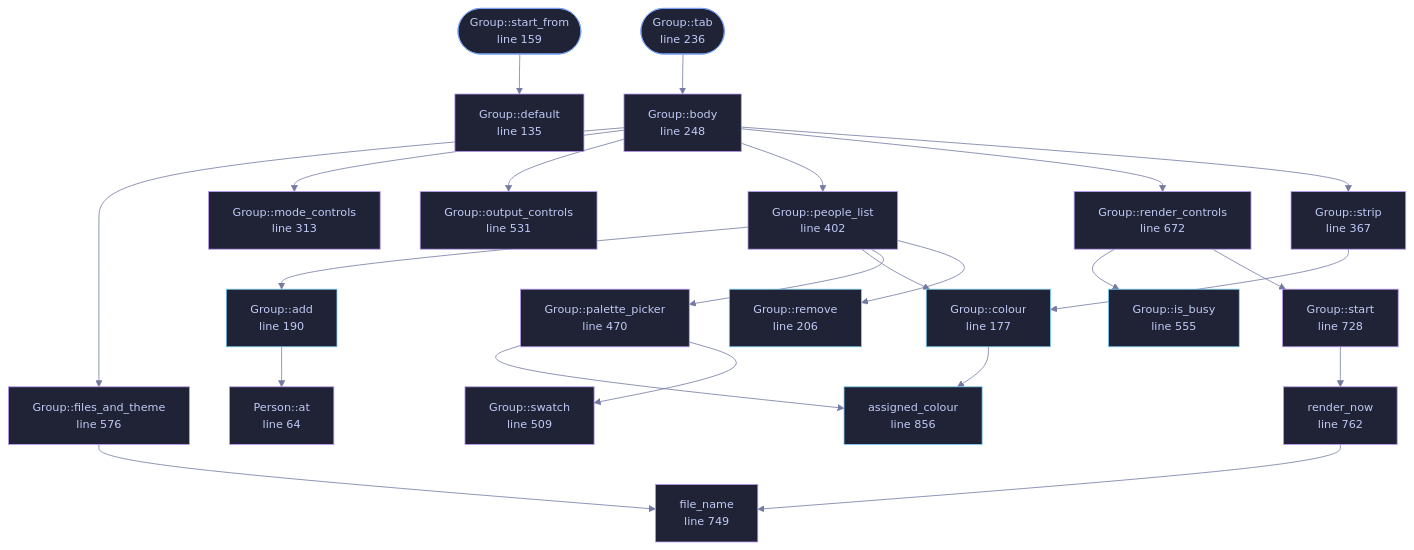
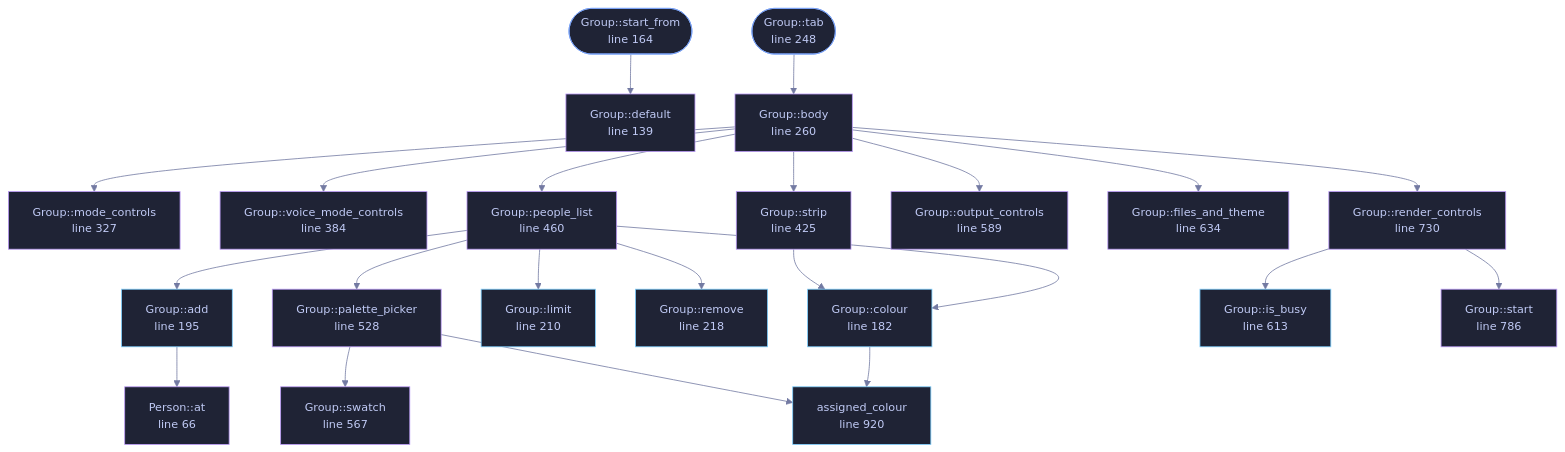
The diagram in wiki/File-veilvoice-gui-group.md (tilas01/veilvoice), drawn with Mermaid before and after one commit. The commit also changed other lines of this file and 68 other files, not shown here.

````diff
--- a/wiki/File-veilvoice-gui-group.md
+++ b/wiki/File-veilvoice-gui-group.md
@@ -94,76 +94,75 @@
 ```mermaid
 %%{init: {"theme":"base","themeVariables":{"background":"#1a1b26","primaryColor":"#1f2335","primaryTextColor":"#c0caf5","primaryBorderColor":"#7aa2f7","secondaryColor":"#16161e","tertiaryColor":"#16161e","lineColor":"#737aa2","textColor":"#c0caf5","mainBkg":"#1f2335","nodeBorder":"#7aa2f7","clusterBkg":"#16161e","clusterBorder":"#2f3549","fontFamily":"ui-monospace, SFMono-Regular, Consolas, monospace","fontSize":"14px"}}}%%
 flowchart TD
-    n_at["Person::at<br/>line 64"]
-    n_default["Outputs::default<br/>line 88"]
-    n_default["Group::default<br/>line 135"]
-    n_start_from(["Group::start_from<br/>line 159"])
-    n_colour["Group::colour<br/>line 177"]
-    n_add["Group::add<br/>line 190"]
-    n_remove["Group::remove<br/>line 206"]
-    n_tab(["Group::tab<br/>line 236"])
-    n_body["Group::body<br/>line 248"]
-    n_mode_controls["Group::mode_controls<br/>line 313"]
-    n_strip["Group::strip<br/>line 367"]
-    n_people_list["Group::people_list<br/>line 402"]
-    n_palette_picker["Group::palette_picker<br/>line 470"]
-    n_swatch["Group::swatch<br/>line 509"]
-    n_output_controls["Group::output_controls<br/>line 531"]
-    n_is_busy["Group::is_busy<br/>line 555"]
-    n_files_and_theme["Group::files_and_theme<br/>line 576"]
-    n_render_controls["Group::render_controls<br/>line 672"]
-    n_start["Group::start<br/>line 728"]
-    n_file_name["file_name<br/>line 749"]
-    n_render_now["render_now<br/>line 762"]
-    n_assigned_colour["assigned_colour<br/>line 856"]
+    n_at["Person::at<br/>line 66"]
+    n_default["Outputs::default<br/>line 90"]
+    n_default["Group::default<br/>line 139"]
+    n_start_from(["Group::start_from<br/>line 164"])
+    n_colour["Group::colour<br/>line 182"]
+    n_add["Group::add<br/>line 195"]
+    n_limit["Group::limit<br/>line 210"]
+    n_remove["Group::remove<br/>line 218"]
+    n_tab(["Group::tab<br/>line 248"])
+    n_body["Group::body<br/>line 260"]
+    n_mode_controls["Group::mode_controls<br/>line 327"]
+    n_voice_mode_controls["Group::voice_mode_controls<br/>line 384"]
+    n_strip["Group::strip<br/>line 425"]
+    n_people_list["Group::people_list<br/>line 460"]
+    n_palette_picker["Group::palette_picker<br/>line 528"]
+    n_swatch["Group::swatch<br/>line 567"]
+    n_output_controls["Group::output_controls<br/>line 589"]
+    n_is_busy["Group::is_busy<br/>line 613"]
+    n_files_and_theme["Group::files_and_theme<br/>line 634"]
+    n_render_controls["Group::render_controls<br/>line 730"]
+    n_start["Group::start<br/>line 786"]
+    n_assigned_colour["assigned_colour<br/>line 920"]
     n_add --> n_at
     n_body --> n_files_and_theme
     n_body --> n_mode_controls
     n_body --> n_output_controls
     n_body --> n_people_list
     n_body --> n_render_controls
     n_body --> n_strip
+    n_body --> n_voice_mode_controls
     n_colour --> n_assigned_colour
-    n_files_and_theme --> n_file_name
     n_palette_picker --> n_assigned_colour
     n_palette_picker --> n_swatch
     n_people_list --> n_add
     n_people_list --> n_colour
+    n_people_list --> n_limit
     n_people_list --> n_palette_picker
     n_people_list --> n_remove
     n_render_controls --> n_is_busy
     n_render_controls --> n_start
-    n_render_now --> n_file_name
-    n_start --> n_render_now
     n_start_from --> n_default
     n_strip --> n_colour
     n_tab --> n_body
-    click n_at href "https://github.com/tilas01/veilvoice/blob/main/crates/veilvoice-gui/src/group.rs#L64" "open the source"
-    click n_default href "https://github.com/tilas01/veilvoice/blob/main/crates/veilvoice-gui/src/group.rs#L88" "open the source"
-    click n_default href "https://github.com/tilas01/veilvoice/blob/main/crates/veilvoice-gui/src/group.rs#L135" "open the source"
-    click n_start_from href "https://github.com/tilas01/veilvoice/blob/main/crates/veilvoice-gui/src/group.rs#L159" "open the source"
-    click n_colour href "https://github.com/tilas01/veilvoice/blob/main/crates/veilvoice-gui/src/group.rs#L177" "open the source"
-    click n_add href "https://github.com/tilas01/veilvoice/blob/main/crates/veilvoice-gui/src/group.rs#L190" "open the source"
-    click n_remove href "https://github.com/tilas01/veilvoice/blob/main/crates/veilvoice-gui/src/group.rs#L206" "open the source"
-    click n_tab href "https://github.com/tilas01/veilvoice/blob/main/crates/veilvoice-gui/src/group.rs#L236" "open the source"
-    click n_body href "https://github.com/tilas01/veilvoice/blob/main/crates/veilvoice-gui/src/group.rs#L248" "open the source"
-    click n_mode_controls href "https://github.com/tilas01/veilvoice/blob/main/crates/veilvoice-gui/src/group.rs#L313" "open the source"
-    click n_strip href "https://github.com/tilas01/veilvoice/blob/main/crates/veilvoice-gui/src/group.rs#L367" "open the source"
-    click n_people_list href "https://github.com/tilas01/veilvoice/blob/main/crates/veilvoice-gui/src/group.rs#L402" "open the source"
-    click n_palette_picker href "https://github.com/tilas01/veilvoice/blob/main/crates/veilvoice-gui/src/group.rs#L470" "open the source"
-    click n_swatch href "https://github.com/tilas01/veilvoice/blob/main/crates/veilvoice-gui/src/group.rs#L509" "open the source"
-    click n_output_controls href "https://github.com/tilas01/veilvoice/blob/main/crates/veilvoice-gui/src/group.rs#L531" "open the source"
-    click n_is_busy href "https://github.com/tilas01/veilvoice/blob/main/crates/veilvoice-gui/src/group.rs#L555" "open the source"
-    click n_files_and_theme href "https://github.com/tilas01/veilvoice/blob/main/crates/veilvoice-gui/src/group.rs#L576" "open the source"
-    click n_render_controls href "https://github.com/tilas01/veilvoice/blob/main/crates/veilvoice-gui/src/group.rs#L672" "open the source"
-    click n_start href "https://github.com/tilas01/veilvoice/blob/main/crates/veilvoice-gui/src/group.rs#L728" "open the source"
-    click n_file_name href "https://github.com/tilas01/veilvoice/blob/main/crates/veilvoice-gui/src/group.rs#L749" "open the source"
-    click n_render_now href "https://github.com/tilas01/veilvoice/blob/main/crates/veilvoice-gui/src/group.rs#L762" "open the source"
-    click n_assigned_colour href "https://github.com/tilas01/veilvoice/blob/main/crates/veilvoice-gui/src/group.rs#L856" "open the source"
+    click n_at href "https://github.com/tilas01/veilvoice/blob/main/crates/veilvoice-gui/src/group.rs#L66" "open the source"
+    click n_default href "https://github.com/tilas01/veilvoice/blob/main/crates/veilvoice-gui/src/group.rs#L90" "open the source"
+    click n_default href "https://github.com/tilas01/veilvoice/blob/main/crates/veilvoice-gui/src/group.rs#L139" "open the source"
+    click n_start_from href "https://github.com/tilas01/veilvoice/blob/main/crates/veilvoice-gui/src/group.rs#L164" "open the source"
+    click n_colour href "https://github.com/tilas01/veilvoice/blob/main/crates/veilvoice-gui/src/group.rs#L182" "open the source"
+    click n_add href "https://github.com/tilas01/veilvoice/blob/main/crates/veilvoice-gui/src/group.rs#L195" "open the source"
+    click n_limit href "https://github.com/tilas01/veilvoice/blob/main/crates/veilvoice-gui/src/group.rs#L210" "open the source"
+    click n_remove href "https://github.com/tilas01/veilvoice/blob/main/crates/veilvoice-gui/src/group.rs#L218" "open the source"
+    click n_tab href "https://github.com/tilas01/veilvoice/blob/main/crates/veilvoice-gui/src/group.rs#L248" "open the source"
+    click n_body href "https://github.com/tilas01/veilvoice/blob/main/crates/veilvoice-gui/src/group.rs#L260" "open the source"
+    click n_mode_controls href "https://github.com/tilas01/veilvoice/blob/main/crates/veilvoice-gui/src/group.rs#L327" "open the source"
+    click n_voice_mode_controls href "https://github.com/tilas01/veilvoice/blob/main/crates/veilvoice-gui/src/group.rs#L384" "open the source"
+    click n_strip href "https://github.com/tilas01/veilvoice/blob/main/crates/veilvoice-gui/src/group.rs#L425" "open the source"
+    click n_people_list href "https://github.com/tilas01/veilvoice/blob/main/crates/veilvoice-gui/src/group.rs#L460" "open the source"
+    click n_palette_picker href "https://github.com/tilas01/veilvoice/blob/main/crates/veilvoice-gui/src/group.rs#L528" "open the source"
+    click n_swatch href "https://github.com/tilas01/veilvoice/blob/main/crates/veilvoice-gui/src/group.rs#L567" "open the source"
+    click n_output_controls href "https://github.com/tilas01/veilvoice/blob/main/crates/veilvoice-gui/src/group.rs#L589" "open the source"
+    click n_is_busy href "https://github.com/tilas01/veilvoice/blob/main/crates/veilvoice-gui/src/group.rs#L613" "open the source"
+    click n_files_and_theme href "https://github.com/tilas01/veilvoice/blob/main/crates/veilvoice-gui/src/group.rs#L634" "open the source"
+    click n_render_controls href "https://github.com/tilas01/veilvoice/blob/main/crates/veilvoice-gui/src/group.rs#L730" "open the source"
+    click n_start href "https://github.com/tilas01/veilvoice/blob/main/crates/veilvoice-gui/src/group.rs#L786" "open the source"
+    click n_assigned_colour href "https://github.com/tilas01/veilvoice/blob/main/crates/veilvoice-gui/src/group.rs#L920" "open the source"
     classDef entry fill:#1f2335,stroke:#7aa2f7,color:#c0caf5
     class n_start_from,n_tab entry
     classDef api fill:#1f2335,stroke:#7dcfff,color:#c0caf5
-    class n_colour,n_add,n_remove,n_is_busy,n_assigned_colour api
+    class n_colour,n_add,n_limit,n_remove,n_is_busy,n_assigned_colour api
     classDef helper fill:#1f2335,stroke:#bb9af7,color:#c0caf5
-    class n_at,n_default,n_default,n_body,n_mode_controls,n_strip,n_people_list,n_palette_picker,n_swatch,n_output_controls,n_files_and_theme,n_render_controls,n_start,n_file_name,n_render_now helper
+    class n_at,n_default,n_default,n_body,n_mode_controls,n_voice_mode_controls,n_strip,n_people_list,n_palette_picker,n_swatch,n_output_controls,n_files_and_theme,n_render_controls,n_start helper
 ```
````
